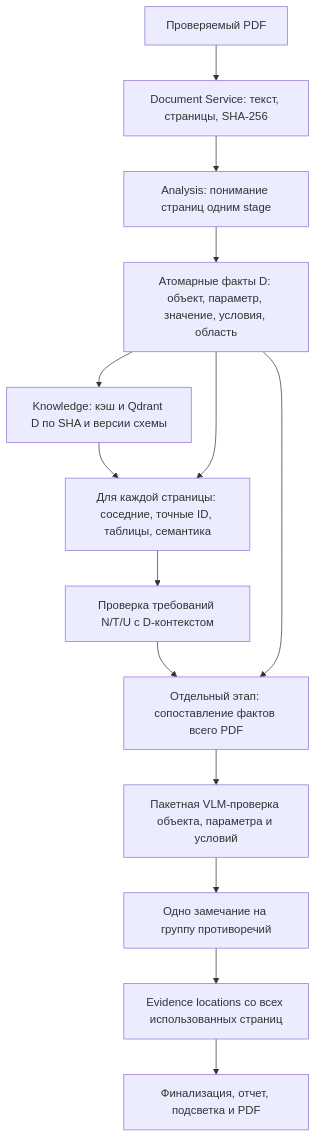
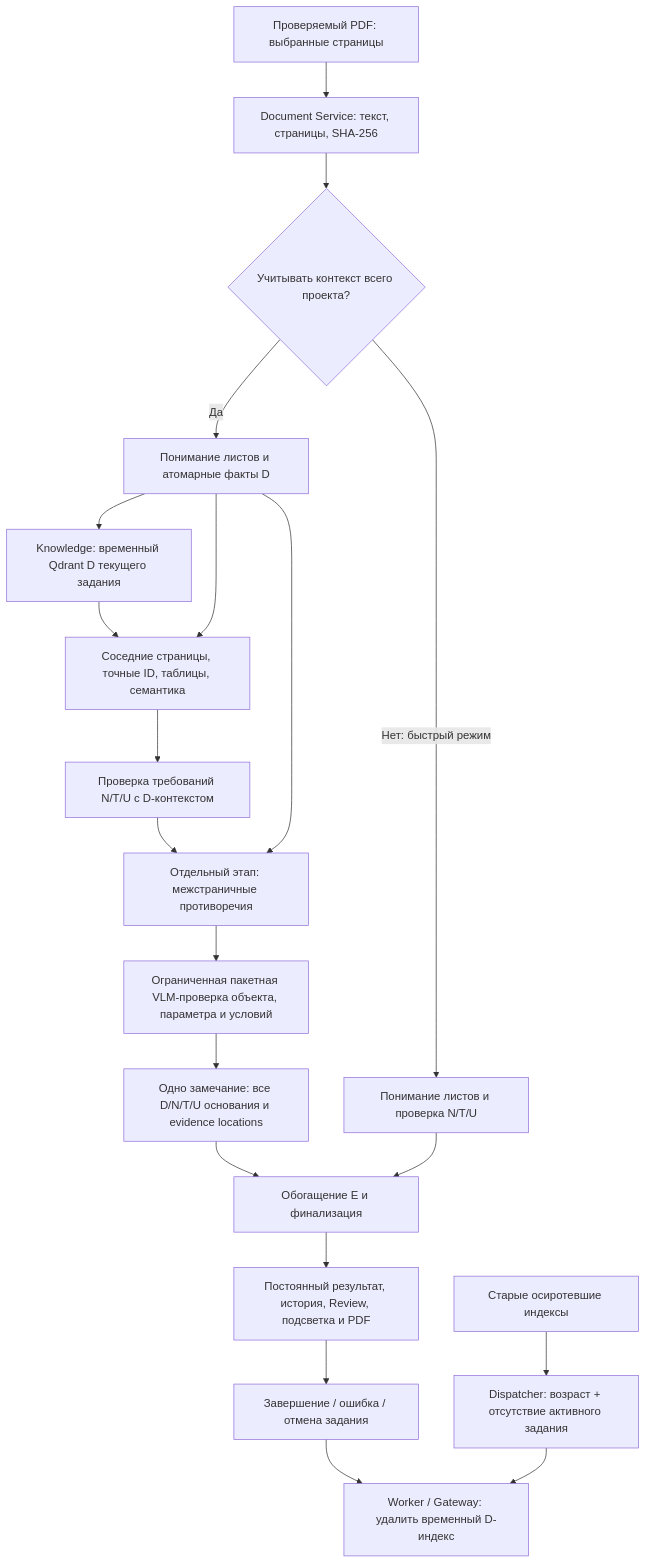
Before and after one commit to Amadu-A/PDRD-validation: the fifth of 32 diagrams in README.md, drawn with Mermaid. The commit also changed other lines of this file and 72 other files, not shown here.

Commit message:
feat: complete document context provenance and review lifecycle

````diff
--- a/README.md
+++ b/README.md
@@ -280,16 +283,22 @@
 ```mermaid
 flowchart TD
-    PDF["Проверяемый PDF"] --> EXTRACT["Document Service: текст, страницы, SHA-256"]
-    EXTRACT --> UNDERSTAND["Analysis: понимание страниц одним stage"]
-    UNDERSTAND --> FACTS["Атомарные факты D: объект, параметр, значение, условия, область"]
-    FACTS --> INDEX["Knowledge: кэш и Qdrant D по SHA и версии схемы"]
-    INDEX --> SEARCH["Для каждой страницы: соседние, точные ID, таблицы, семантика"]
-    FACTS --> SEARCH
+    PDF["Проверяемый PDF: выбранные страницы"] --> EXTRACT["Document Service: текст, страницы, SHA-256"]
+    EXTRACT --> MODE{"Учитывать контекст всего проекта?"}
+    MODE -->|Нет: быстрый режим| LOCAL["Понимание листов и проверка N/T/U"]
+    MODE -->|Да| UNDERSTAND["Понимание листов и атомарные факты D"]
+    UNDERSTAND --> INDEX["Knowledge: временный Qdrant D текущего задания"]
+    INDEX --> SEARCH["Соседние страницы, точные ID, таблицы, семантика"]
+    UNDERSTAND --> SEARCH
     SEARCH --> PAGECHECK["Проверка требований N/T/U с D-контекстом"]
-    PAGECHECK --> CROSS["Отдельный этап: сопоставление фактов всего PDF"]
-    FACTS --> CROSS
-    CROSS --> VALIDATE["Пакетная VLM-проверка объекта, параметра и условий"]
-    VALIDATE --> GROUP["Одно замечание на группу противоречий"]
-    GROUP --> EVIDENCE["Evidence locations со всех использованных страниц"]
-    EVIDENCE --> FINAL["Финализация, отчет, подсветка и PDF"]
+    PAGECHECK --> CROSS["Отдельный этап: межстраничные противоречия"]
+    UNDERSTAND --> CROSS
+    CROSS --> VALIDATE["Ограниченная пакетная VLM-проверка объекта, параметра и условий"]
+    VALIDATE --> GROUP["Одно замечание: все D/N/T/U основания и evidence locations"]
+    GROUP --> FINAL["Обогащение E и финализация"]
+    LOCAL --> FINAL
+    FINAL --> SAVE["Постоянный результат, история, Review, подсветка и PDF"]
+    SAVE --> END["Завершение / ошибка / отмена задания"]
+    END --> CLEAN["Worker / Gateway: удалить временный D-индекс"]
+    ORPHAN["Старые осиротевшие индексы"] --> SWEEP["Dispatcher: возраст + отсутствие активного задания"]
+    SWEEP --> CLEAN
 ```
````
